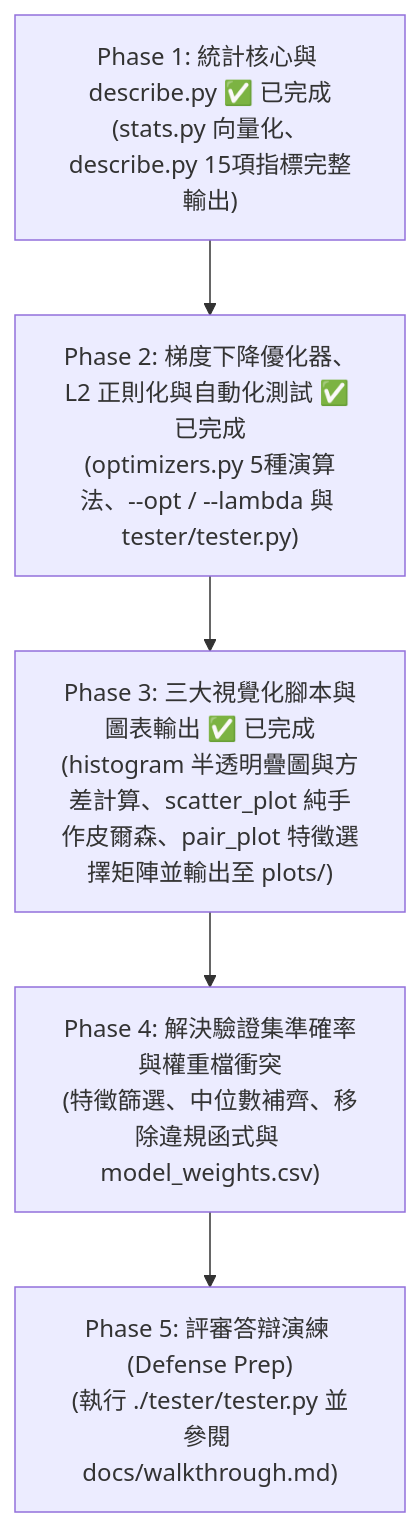
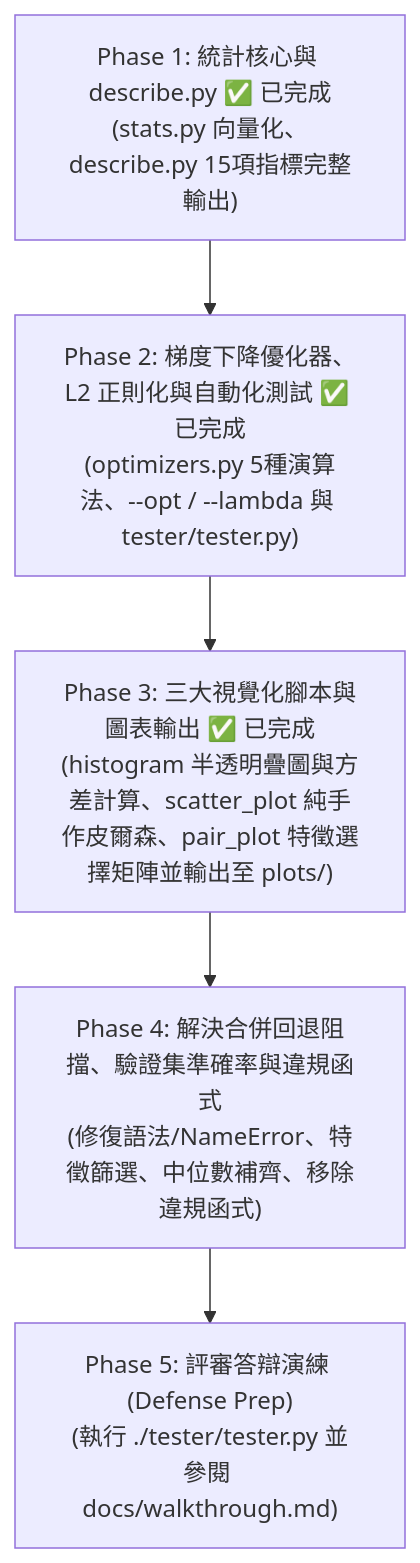
Before and after one commit to GauChau/dslr: the first of 2 diagrams in docs/TODO.md, drawn with Mermaid. The commit also changed other lines of this file, not shown here.

````diff
--- a/docs/TODO.md
+++ b/docs/TODO.md
@@ -170,7 +176,7 @@
 ```mermaid
 flowchart TD
     A["Phase 1: 統計核心與 describe.py ✅ 已完成<br>(stats.py 向量化、describe.py 15項指標完整輸出)"] --> B["Phase 2: 梯度下降優化器、L2 正則化與自動化測試 ✅ 已完成<br>(optimizers.py 5種演算法、--opt / --lambda 與 tester/tester.py)"]
     B --> C["Phase 3: 三大視覺化腳本與圖表輸出 ✅ 已完成<br>(histogram 半透明疊圖與方差計算、scatter_plot 純手作皮爾森、pair_plot 特徵選擇矩陣並輸出至 plots/)"]
-    C --> D["Phase 4: 解決驗證集準確率與權重檔衝突<br>(特徵篩選、中位數補齊、移除違規函式與 model_weights.csv)"]
+    C --> D["Phase 4: 解決合併回退阻擋、驗證集準確率與違規函式<br>(修復語法/NameError、特徵篩選、中位數補齊、移除違規函式)"]
     D --> E["Phase 5: 評審答辯演練 (Defense Prep)<br>(執行 ./tester/tester.py 並參閱 docs/walkthrough.md)"]
 ```
````
